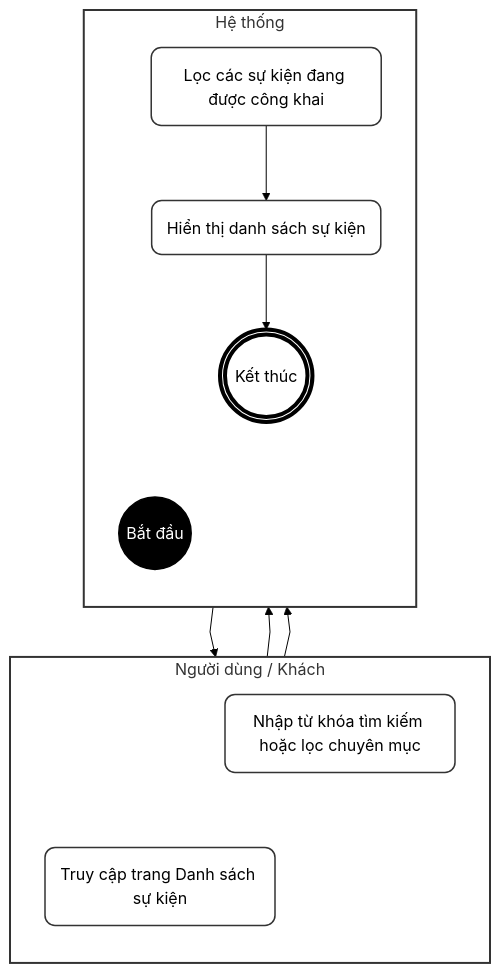
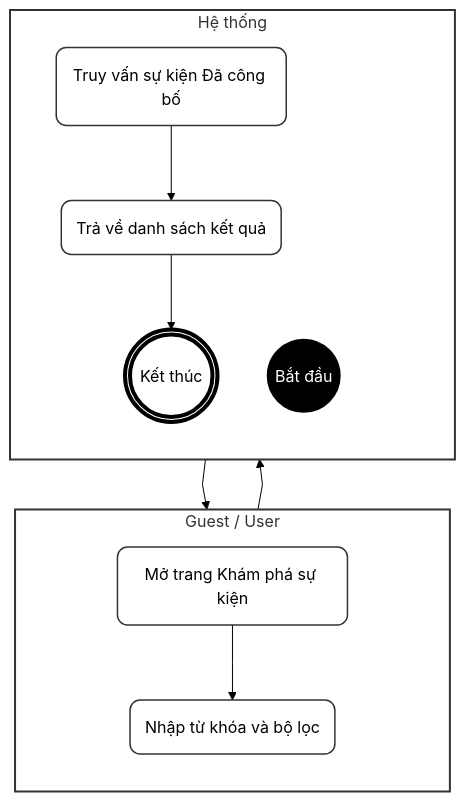
The fifth of 6 diagrams in doc/system_analysis/activity diagram/08b_activity_admin_event_staff.md (ChuDucAnh21/BE-quan-ly-su-kien), drawn with Mermaid (forest theme) before and after one commit. The commit also changed other lines of this file and 14 other files, not shown here.

````diff
--- a/doc/system_analysis/activity diagram/08b_activity_admin_event_staff.md
+++ b/doc/system_analysis/activity diagram/08b_activity_admin_event_staff.md
@@ -353,44 +198,37 @@
 ```mermaid
 %%{init: {"flowchart": {"curve": "linear"}}}%%
 flowchart TD
     classDef default fill:#fff,stroke:#333,stroke-width:1.5px,color:#000,rx:10px,ry:10px;
     classDef startNode fill:#000,stroke:#000,color:#fff;
     classDef endNode fill:#fff,stroke:#000,stroke-width:4px,color:#000;
     classDef hidden fill:none,stroke:none,color:none;
 
-    subgraph TacNhan [Người dùng / Khách]
+    subgraph Guest [Guest / User]
         direction TB
         T_start(" "):::hidden
-        A(Truy cập trang Danh sách sự kiện)
-        B(Nhập từ khóa tìm kiếm hoặc lọc chuyên mục)
+        A(Mở trang Khám phá sự kiện)
+        B(Nhập từ khóa và bộ lọc)
         T_end(" "):::hidden
     end
 
-    subgraph HeThong [Hệ thống]
+    subgraph System [Hệ thống]
         direction TB
         H_start(" "):::hidden
         Start((Bắt đầu)):::startNode
-        C(Lọc các sự kiện đang được công khai)
-        D(Hiển thị danh sách sự kiện)
+        C(Truy vấn sự kiện Đã công bố)
+        D(Trả về danh sách kết quả)
         End(((Kết thúc))):::endNode
         H_end(" "):::hidden
     end
 
     T_start ~~~ H_start
     T_end ~~~ H_end
-
-    T_start ~~~ A
-    B ~~~ T_end
-
-    H_start ~~~ Start
-    End ~~~ H_end
-
     Start --> A
-    A --> C
+    A --> B
     B --> C
     C --> D
     D --> End
 
-    style TacNhan fill:#fff,stroke:#333,stroke-width:2px
-    style HeThong fill:#fff,stroke:#333,stroke-width:2px
+    style Guest fill:#fff,stroke:#333,stroke-width:2px
+    style System fill:#fff,stroke:#333,stroke-width:2px
 ```
````
